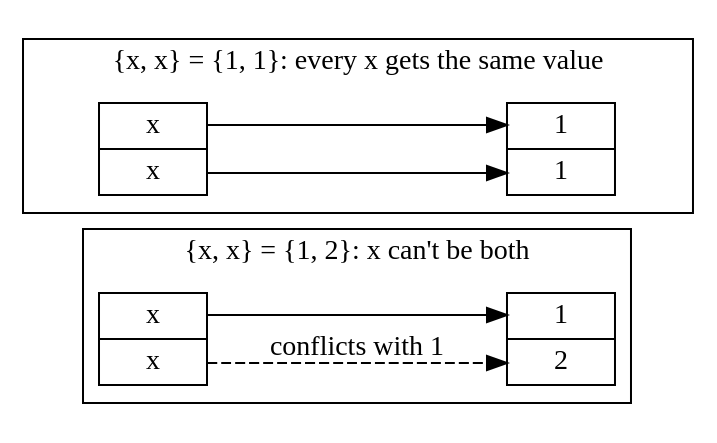
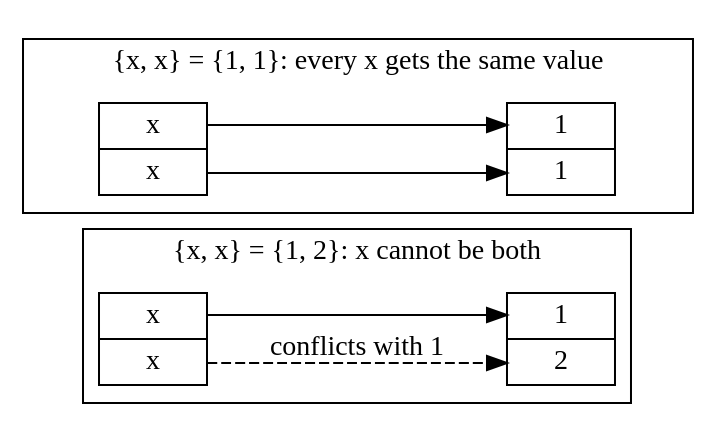
Before and after one commit to danceinthefake/visualixir: the diagram in docs/diagrams/pattern-matching/repeated.dot, drawn with Graphviz. The commit also changed 59 other files, not shown here.

First line of the commit message:
Apply ASD-STE100 to interface text and diagram labels

```diff
--- a/docs/diagrams/pattern-matching/repeated.dot
+++ b/docs/diagrams/pattern-matching/repeated.dot
@@ -1,18 +1,18 @@
 digraph repeated {
   rankdir=LR
   node [shape=record]
   subgraph cluster_bad {
-    label="{x, x} = {1, 2}: x can't be both"
+    label="{x, x} = {1, 2}: x cannot be both"
     pb [label="<a>x|<b>x" class=hl]
     vb [label="<a>1|<b>2"]
     pb:a -> vb:a
     pb:b -> vb:b [label=" conflicts with 1" class=bad style=dashed]
   }
   subgraph cluster_ok {
     label="{x, x} = {1, 1}: every x gets the same value"
     po [label="<a>x|<b>x" class=hl]
     vo [label="<a>1|<b>1"]
     po:a -> vo:a
     po:b -> vo:b
   }
 }
```
